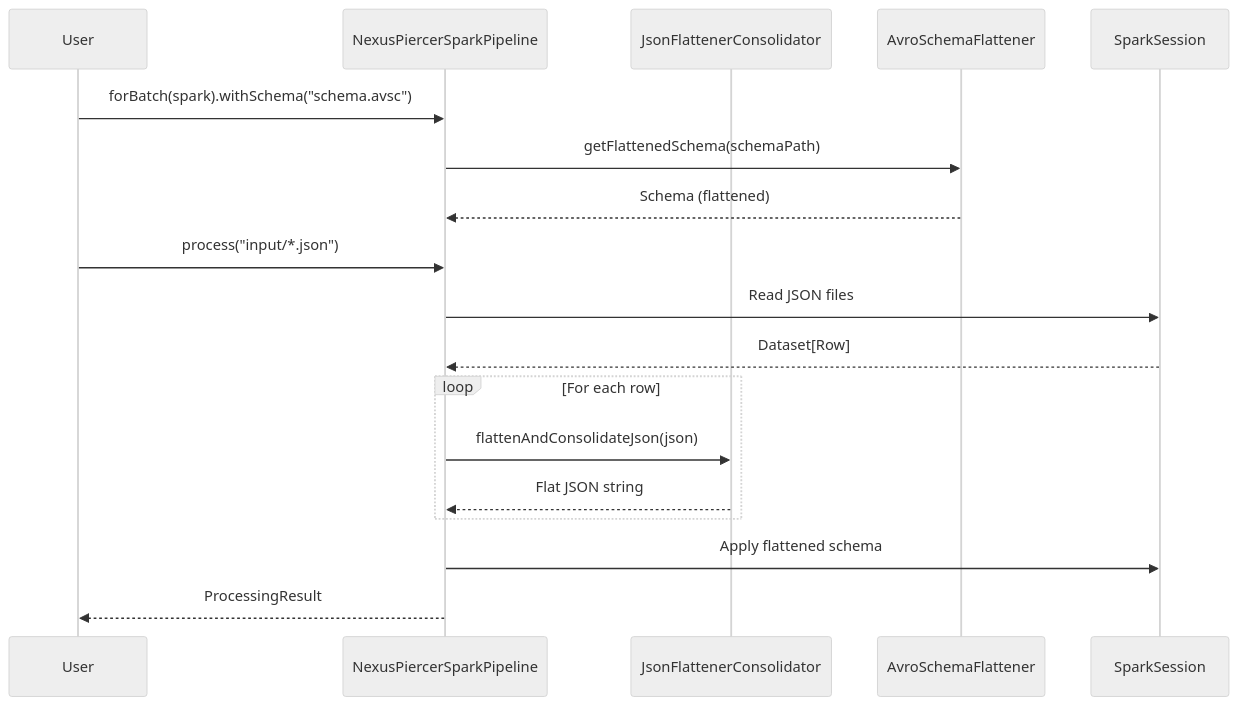
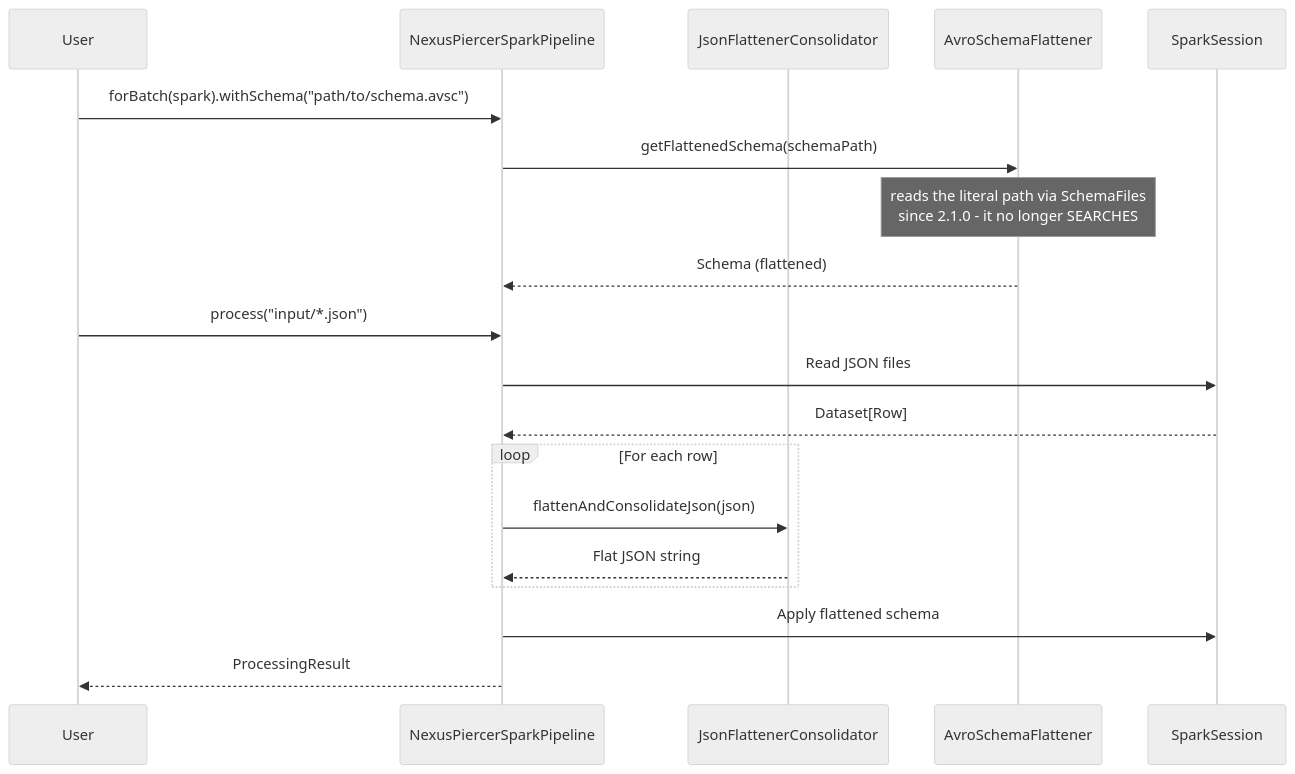
One commit to pierce-lonergan/NexusPiercer changed the sixth of 6 diagrams in docs/ARCHITECTURE_GRAPH.md. Above: the diagram before and after it, drawn with Mermaid (neutral theme). The commit also changed other lines of this file and 20 other files, not shown here.

````diff
--- a/docs/ARCHITECTURE_GRAPH.md
+++ b/docs/ARCHITECTURE_GRAPH.md
@@ -190,24 +210,25 @@
 ```mermaid
 sequenceDiagram
     participant User
     participant NPSP as NexusPiercerSparkPipeline
     participant JFC as JsonFlattenerConsolidator
     participant ASF as AvroSchemaFlattener
     participant Spark as SparkSession
     
-    User->>NPSP: forBatch(spark).withSchema("schema.avsc")
+    User->>NPSP: forBatch(spark).withSchema("path/to/schema.avsc")
     NPSP->>ASF: getFlattenedSchema(schemaPath)
+    Note over ASF: reads the literal path via SchemaFiles<br/>since 2.1.0 - it no longer SEARCHES
     ASF-->>NPSP: Schema (flattened)
     
     User->>NPSP: process("input/*.json")
     NPSP->>Spark: Read JSON files
     Spark-->>NPSP: Dataset[Row]
     
     loop For each row
         NPSP->>JFC: flattenAndConsolidateJson(json)
         JFC-->>NPSP: Flat JSON string
     end
     
     NPSP->>Spark: Apply flattened schema
     NPSP-->>User: ProcessingResult
 ```
````
